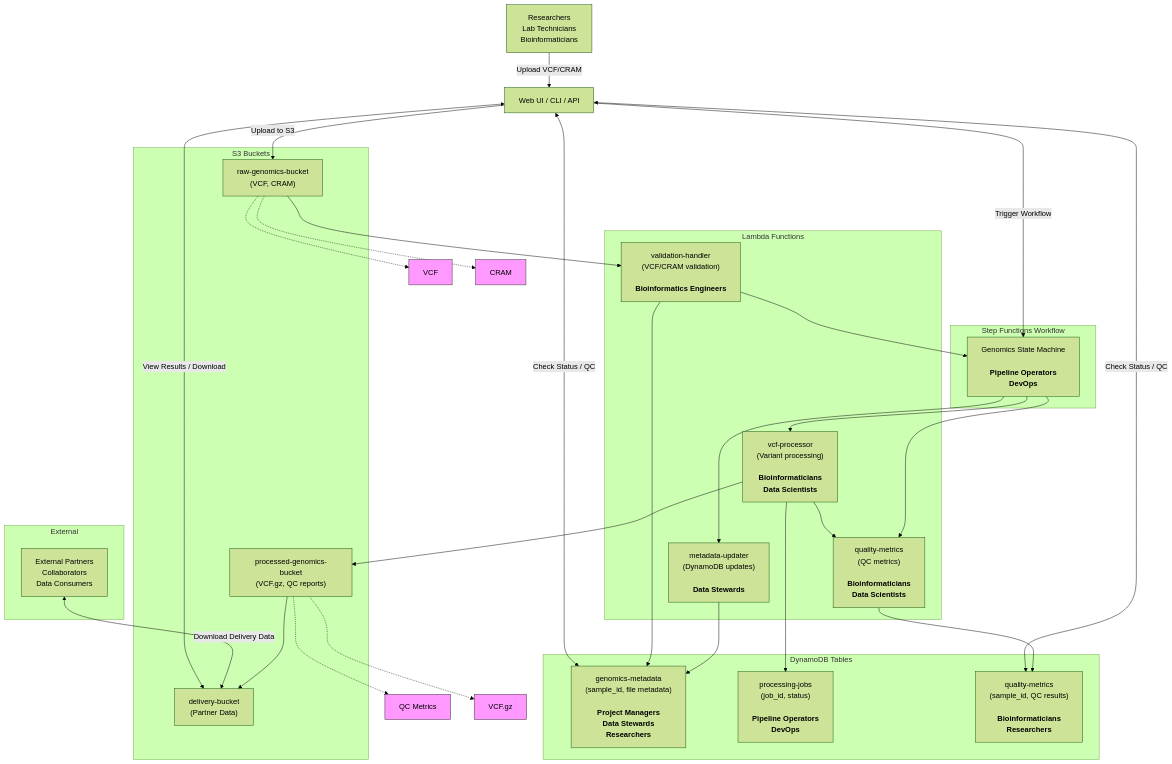
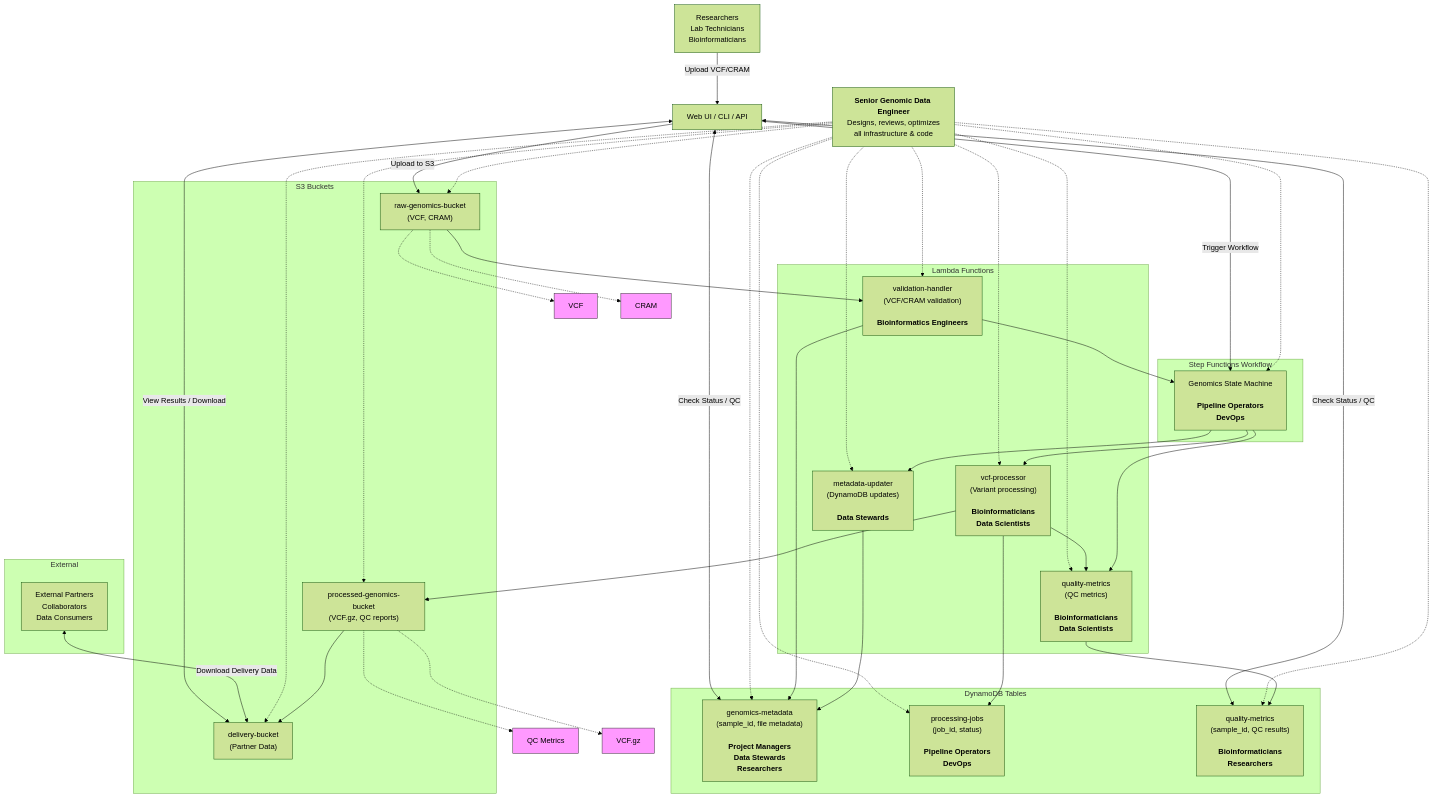
One commit to justin-mbca/genomic_data_etl changed the diagram in README.md. Above: the diagram before and after it, drawn with Mermaid (forest theme).

Commit message:
Add Senior Genomic Data Engineer role to architecture diagram

````diff
--- a/README.md
+++ b/README.md
@@ -7,66 +7,80 @@
 ```mermaid
 flowchart TD
 	UPL["Researchers<br>Lab Technicians<br>Bioinformaticians"]
 	UI["Web UI / CLI / API"]
+	SENG["<b>Senior Genomic Data Engineer</b><br>Designs, reviews, optimizes<br>all infrastructure & code"]
 
 	subgraph S3["S3 Buckets"]
 		RAW["raw-genomics-bucket<br>(VCF, CRAM)"]
 		PROCESSED["processed-genomics-bucket<br>(VCF.gz, QC reports)"]
 		DELIVERY["delivery-bucket<br>(Partner Data)"]
 	end
 
 	subgraph Lambda["Lambda Functions"]
 		VALIDATE["validation-handler<br>(VCF/CRAM validation)<br><br><b>Bioinformatics Engineers</b>"]
 		PROCESS["vcf-processor<br>(Variant processing)<br><br><b>Bioinformaticians<br>Data Scientists</b>"]
 		METRICS["quality-metrics<br>(QC metrics)<br><br><b>Bioinformaticians<br>Data Scientists</b>"]
 		METAUPD["metadata-updater<br>(DynamoDB updates)<br><br><b>Data Stewards</b>"]
 	end
 
 	subgraph DDB["DynamoDB Tables"]
 		META["genomics-metadata<br>(sample_id, file metadata)<br><br><b>Project Managers<br>Data Stewards<br>Researchers</b>"]
 		JOBS["processing-jobs<br>(job_id, status)<br><br><b>Pipeline Operators<br>DevOps</b>"]
 		QC["quality-metrics<br>(sample_id, QC results)<br><br><b>Bioinformaticians<br>Researchers</b>"]
 	end
 
 	subgraph SFN["Step Functions Workflow"]
 		WORKFLOW["Genomics State Machine<br><br><b>Pipeline Operators<br>DevOps</b>"]
 	end
 
 	subgraph EXT["External"]
 		PARTNERS["External Partners<br>Collaborators<br>Data Consumers"]
 	end
 
 	%% User Interactions
 	UPL -->|"Upload VCF/CRAM"| UI
 	UI -->|"Upload to S3"| RAW
 	UI -->|"Trigger Workflow"| WORKFLOW
 	UI <-->|"View Results / Download"| DELIVERY
 	UI <-->|"Check Status / QC"| META
 	UI <-->|"Check Status / QC"| QC
 	PARTNERS <-->|"Download Delivery Data"| DELIVERY
 
+	%% Senior Genomic Data Engineer Interactions
+	SENG -.-> RAW
+	SENG -.-> PROCESSED
+	SENG -.-> DELIVERY
+	SENG -.-> VALIDATE
+	SENG -.-> PROCESS
+	SENG -.-> METRICS
+	SENG -.-> METAUPD
+	SENG -.-> META
+	SENG -.-> JOBS
+	SENG -.-> QC
+	SENG -.-> WORKFLOW
+
 	RAW --> VALIDATE
 	VALIDATE --> META
 	VALIDATE --> WORKFLOW
 	WORKFLOW --> PROCESS
 	PROCESS --> PROCESSED
 	PROCESS --> JOBS
 	PROCESS --> METRICS
 	METRICS --> QC
 	PROCESSED --> DELIVERY
 	WORKFLOW --> METAUPD
 	METAUPD --> META
 	WORKFLOW --> METRICS
 
 	%% Data Types
 	classDef dataType fill:#f9f,stroke:#333,stroke-width:1px;
 	VCF["VCF"]:::dataType
 	CRAM["CRAM"]:::dataType
 	QC_METRICS["QC Metrics"]:::dataType
 	VCF_GZ["VCF.gz"]:::dataType
 
 	RAW -.-> VCF
 	RAW -.-> CRAM
 	PROCESSED -.-> VCF_GZ
 	PROCESSED -.-> QC_METRICS
 ```
````
